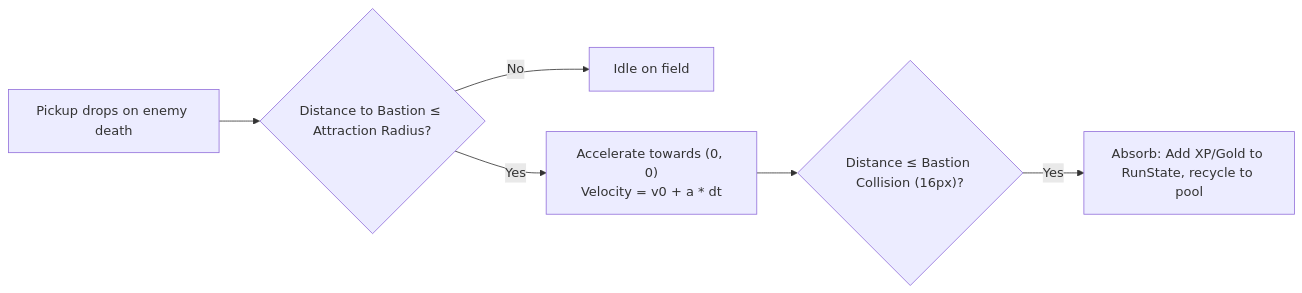
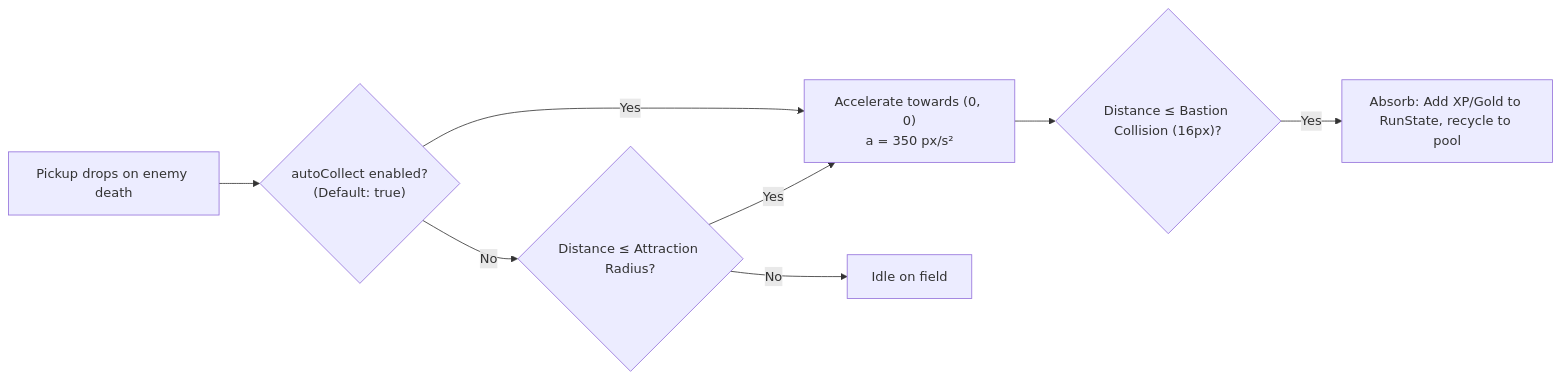
Before and after one commit to Kamish76/Game-2: the diagram in docs/03_systems/3.8_economy_xp_gold_chests.md, drawn with Mermaid. The commit also changed other lines of this file and 4 other files, not shown here.

Commit message:
docs: document global auto-vacuum architecture across system specifications, ADRs, and balance sheets

````diff
--- a/docs/03_systems/3.8_economy_xp_gold_chests.md
+++ b/docs/03_systems/3.8_economy_xp_gold_chests.md
@@ -31,8 +31,10 @@
 ```mermaid
 flowchart LR
-    DROP["Pickup drops on enemy death"] --> CHK{"Distance to Bastion ≤ Attraction Radius?"}
+    DROP["Pickup drops on enemy death"] --> AUTO{"autoCollect enabled?<br/>(Default: true)"}
+    AUTO -- Yes --> ACC["Accelerate towards (0, 0)<br/>a = 350 px/s²"]
+    AUTO -- No --> CHK{"Distance ≤ Attraction Radius?"}
     CHK -- No --> IDLE["Idle on field"]
-    CHK -- Yes --> ACC["Accelerate towards (0, 0)<br/>Velocity = v0 + a * dt"]
+    CHK -- Yes --> ACC
     ACC --> ABS{"Distance ≤ Bastion Collision (16px)?"}
     ABS -- Yes --> GRANT["Absorb: Add XP/Gold to RunState, recycle to pool"]
 ```
````
